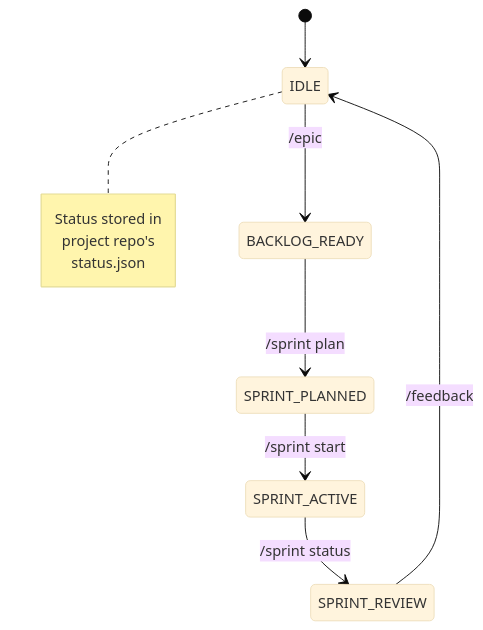
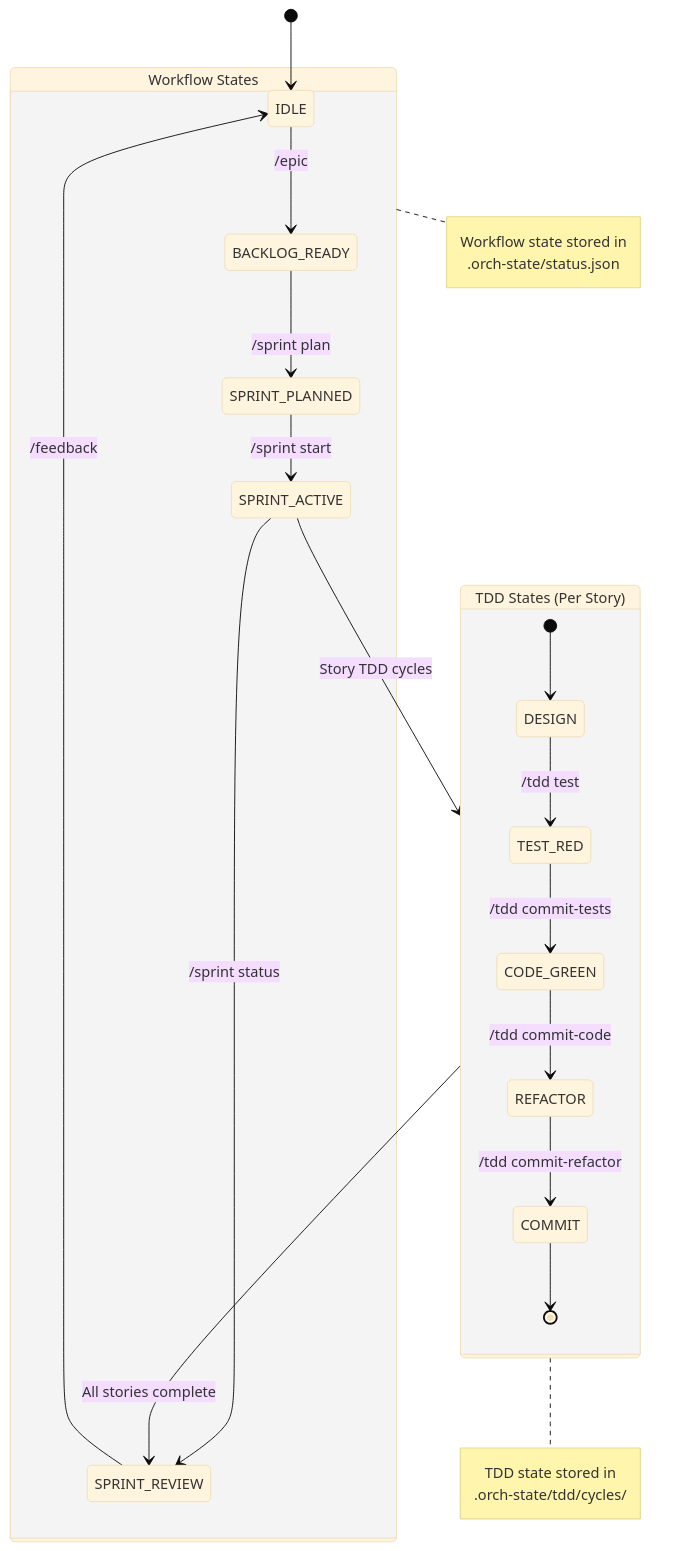
Before and after one commit to jmontp/agent-workflow: the seventh of 7 diagrams in docs_src/advanced/data-flow.md, drawn with Mermaid (base theme). The commit also changed other lines of this file and 9 other files, not shown here.

First line of the commit message:
Update advanced documentation for dual state machine architecture with TDD integration

````diff
--- a/docs_src/advanced/data-flow.md
+++ b/docs_src/advanced/data-flow.md
@@ -131,15 +257,34 @@
 ```mermaid
 stateDiagram-v2
     [*] --> IDLE
-    IDLE --> BACKLOG_READY: /epic
-    BACKLOG_READY --> SPRINT_PLANNED: /sprint plan
-    SPRINT_PLANNED --> SPRINT_ACTIVE: /sprint start
-    SPRINT_ACTIVE --> SPRINT_REVIEW: /sprint status
-    SPRINT_REVIEW --> IDLE: /feedback
     
-    note right of IDLE
-        Status stored in
-        project repo's
-        status.json
+    state "Workflow States" as WF {
+        IDLE --> BACKLOG_READY: /epic
+        BACKLOG_READY --> SPRINT_PLANNED: /sprint plan
+        SPRINT_PLANNED --> SPRINT_ACTIVE: /sprint start
+        SPRINT_ACTIVE --> SPRINT_REVIEW: /sprint status
+        SPRINT_REVIEW --> IDLE: /feedback
+    }
+    
+    state "TDD States (Per Story)" as TDD {
+        [*] --> DESIGN
+        DESIGN --> TEST_RED: /tdd test
+        TEST_RED --> CODE_GREEN: /tdd commit-tests
+        CODE_GREEN --> REFACTOR: /tdd commit-code
+        REFACTOR --> COMMIT: /tdd commit-refactor
+        COMMIT --> [*]
+    }
+    
+    SPRINT_ACTIVE --> TDD: Story TDD cycles
+    TDD --> SPRINT_REVIEW: All stories complete
+    
+    note right of WF
+        Workflow state stored in
+        .orch-state/status.json
+    end note
+    
+    note right of TDD
+        TDD state stored in
+        .orch-state/tdd/cycles/
     end note
 ```
````
